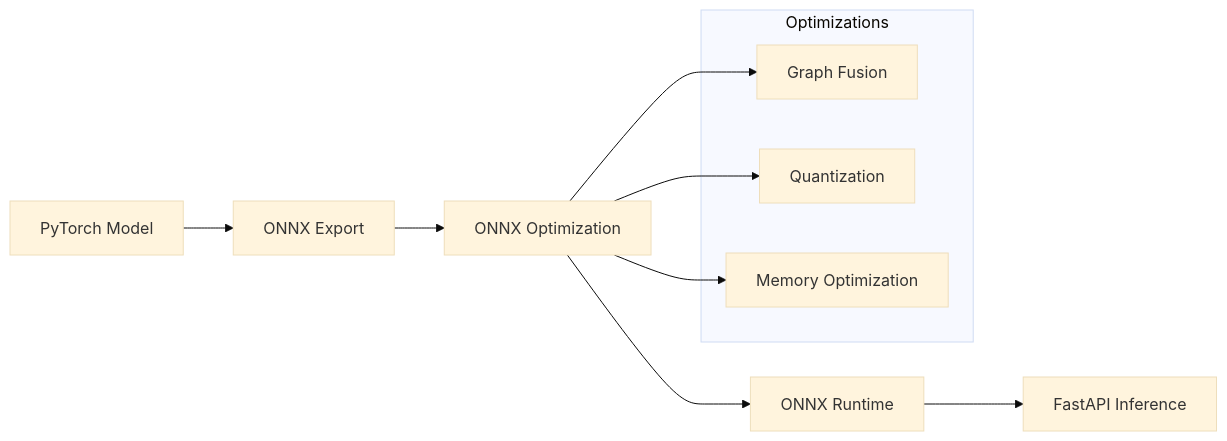
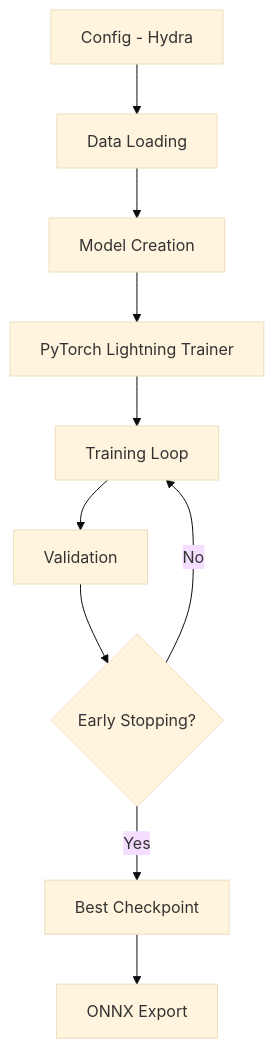
Before and after one commit to Aryan-Mi/dtu-vibe-ops-02476: the second of 4 diagrams in docs/source/architecture.md, drawn with Mermaid (base theme). The commit also changed other lines of this file and 22 other files, not shown here.

````diff
--- a/docs/source/architecture.md
+++ b/docs/source/architecture.md
@@ -271,17 +35,12 @@
 ```mermaid
-graph LR
-    A[PyTorch Model] --> B[ONNX Export]
-    B --> C[ONNX Optimization]
-    C --> D[ONNX Runtime]
-    D --> E[FastAPI Inference]
-    
-    subgraph "Optimizations"
-        F[Graph Fusion]
-        G[Quantization]
-        H[Memory Optimization]
-    end
-    
-    C --> F
-    C --> G  
-    C --> H
+graph TD
+    A[Config - Hydra] --> B[Data Loading]
+    B --> C[Model Creation]
+    C --> D[PyTorch Lightning Trainer]
+    D --> E[Training Loop]
+    E --> F[Validation]
+    F --> G{Early Stopping?}
+    G -->|No| E
+    G -->|Yes| H[Best Checkpoint]
+    H --> I[ONNX Export]
 ```
````
